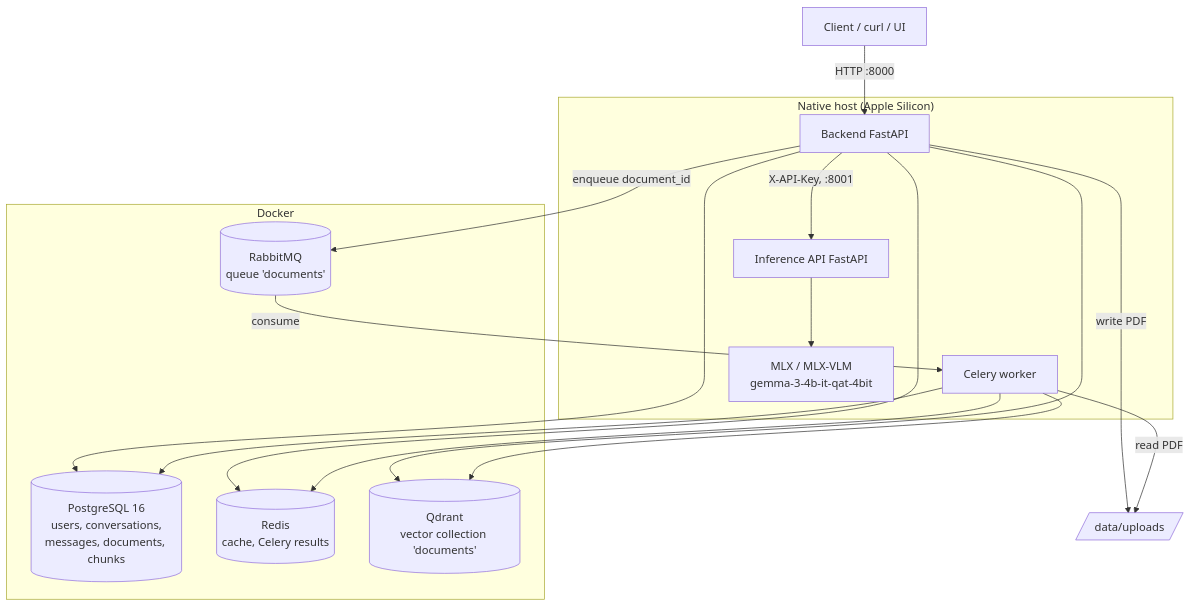
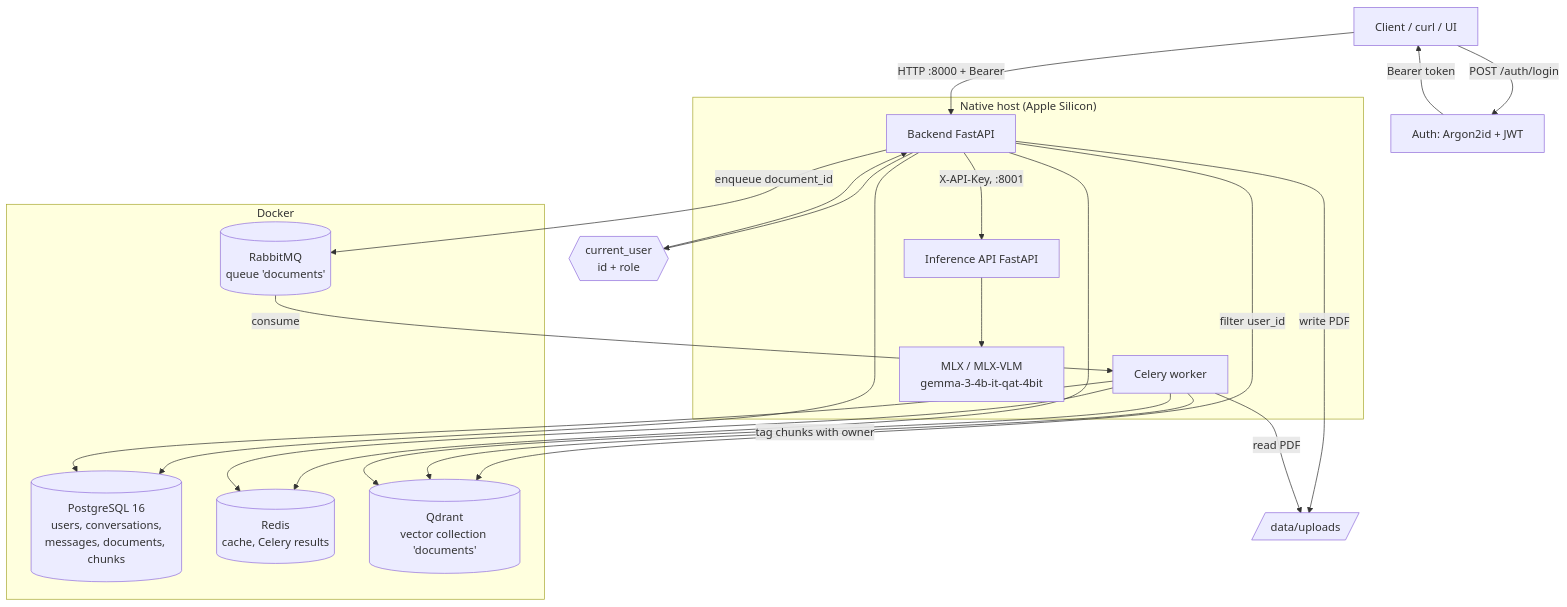
Before and after one commit to BortnikMaxim/private-ai-platform: the first of 5 diagrams in README.md, drawn with Mermaid. The commit also changed other lines of this file and 45 other files, not shown here.

````diff
--- a/README.md
+++ b/README.md
@@ -20,35 +20,40 @@
 ```mermaid
 flowchart TD
     Client[Client / curl / UI]
 
-    Client -->|HTTP :8000| Backend[Backend FastAPI]
+    Client -->|POST /auth/login| Auth[Auth: Argon2id + JWT]
+    Auth -->|Bearer token| Client
+    Client -->|HTTP :8000 + Bearer| Backend[Backend FastAPI]
+    Backend --> Principal{{current_user<br/>id + role}}
+    Principal --> Backend
 
     Backend --> Postgres[(PostgreSQL 16<br/>users, conversations,<br/>messages, documents, chunks)]
     Backend --> Redis[(Redis<br/>cache, Celery results)]
-    Backend --> Qdrant[(Qdrant<br/>vector collection 'documents')]
+    Backend -->|filter user_id| Qdrant[(Qdrant<br/>vector collection 'documents')]
     Backend -->|X-API-Key, :8001| Inference[Inference API FastAPI]
     Backend -->|enqueue document_id| Rabbit[(RabbitMQ<br/>queue 'documents')]
     Backend -->|write PDF| Files[/data/uploads/]
 
     Rabbit -->|consume| Worker[Celery worker]
     Worker -->|read PDF| Files
+    Worker -->|tag chunks with owner| Qdrant
     Worker --> Postgres
     Worker --> Qdrant
     Worker --> Redis
 
     Inference --> MLX[MLX / MLX-VLM<br/>gemma-3-4b-it-qat-4bit]
 
     subgraph Docker
         Postgres
         Redis
         Qdrant
         Rabbit
     end
 
     subgraph "Native host (Apple Silicon)"
         Backend
         Worker
         Inference
         MLX
     end
 ```
````
